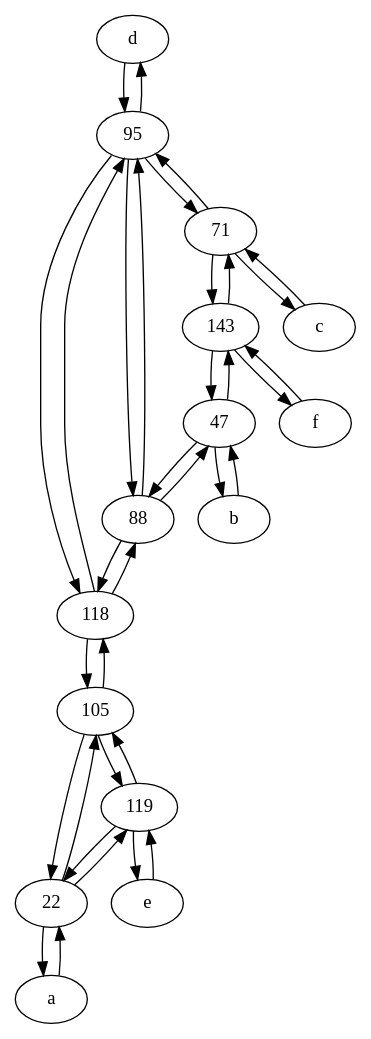
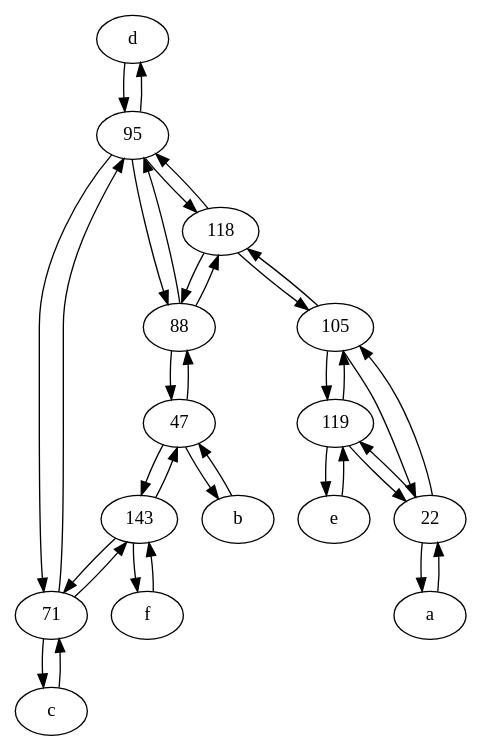
One commit to anisabnis/graph_inference changed the diagram in results_psm/tata/topologyorig.dot. Above: the diagram before and after it, drawn with Graphviz. The commit also changed other lines of this file and 156 other files, not shown here.

```diff
--- a/results_psm/tata/topologyorig.dot
+++ b/results_psm/tata/topologyorig.dot
@@ -1,52 +1,52 @@
 digraph  {
 	d [pos="20,30!"];
+	119;
+	e [pos="30,50!"];
 	143;
+	71;
+	95;
+	88;
+	47;
+	c [pos="20,10!"];
 	105;
-	c [pos="20,10!"];
-	88;
-	e [pos="30,50!"];
-	47;
+	b [pos="50,20!"];
 	118;
-	b [pos="50,20!"];
-	71;
+	a [pos="40,10!"];
 	f [pos="15,45!"];
 	22;
-	95;
-	119;
-	a [pos="40,10!"];
+	119 -> 105;
+	d -> 95;
+	22 -> a;
+	105 -> 22;
+	71 -> c;
+	118 -> 88;
+	143 -> f;
+	f -> 143;
+	71 -> 143;
+	b -> 47;
+	119 -> e;
+	c -> 71;
+	47 -> 143;
+	22 -> 119;
+	71 -> 95;
+	119 -> 22;
+	118 -> 105;
+	105 -> 118;
+	105 -> 119;
 	95 -> 71;
-	119 -> 105;
-	f -> 143;
+	143 -> 47;
+	47 -> b;
+	22 -> 105;
 	88 -> 118;
-	c -> 71;
+	e -> 119;
+	143 -> 71;
+	47 -> 88;
+	95 -> 118;
 	88 -> 47;
-	b -> 47;
-	22 -> a;
-	71 -> c;
-	22 -> 119;
-	47 -> b;
-	105 -> 118;
-	143 -> 47;
+	95 -> d;
 	118 -> 95;
-	95 -> 118;
-	105 -> 22;
 	88 -> 95;
+	a -> 22;
 	95 -> 88;
-	71 -> 95;
-	105 -> 119;
-	118 -> 105;
-	d -> 95;
-	e -> 119;
-	143 -> f;
-	47 -> 143;
-	71 -> 143;
-	95 -> d;
-	47 -> 88;
-	119 -> 22;
-	a -> 22;
-	22 -> 105;
-	143 -> 71;
-	119 -> e;
-	118 -> 88;
 
 	}
```
